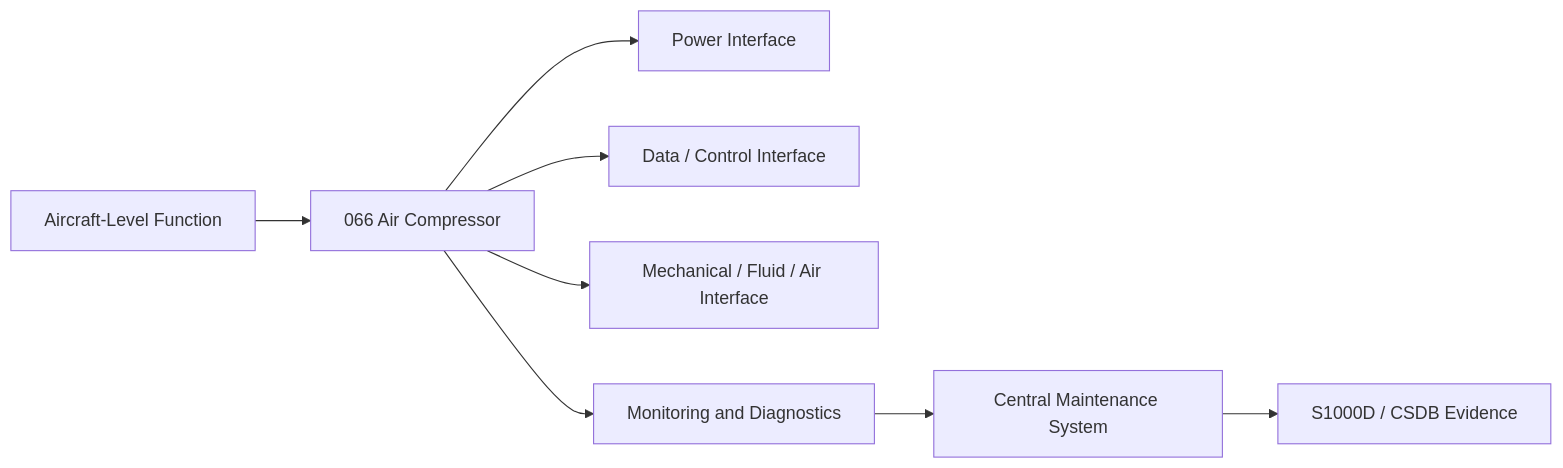
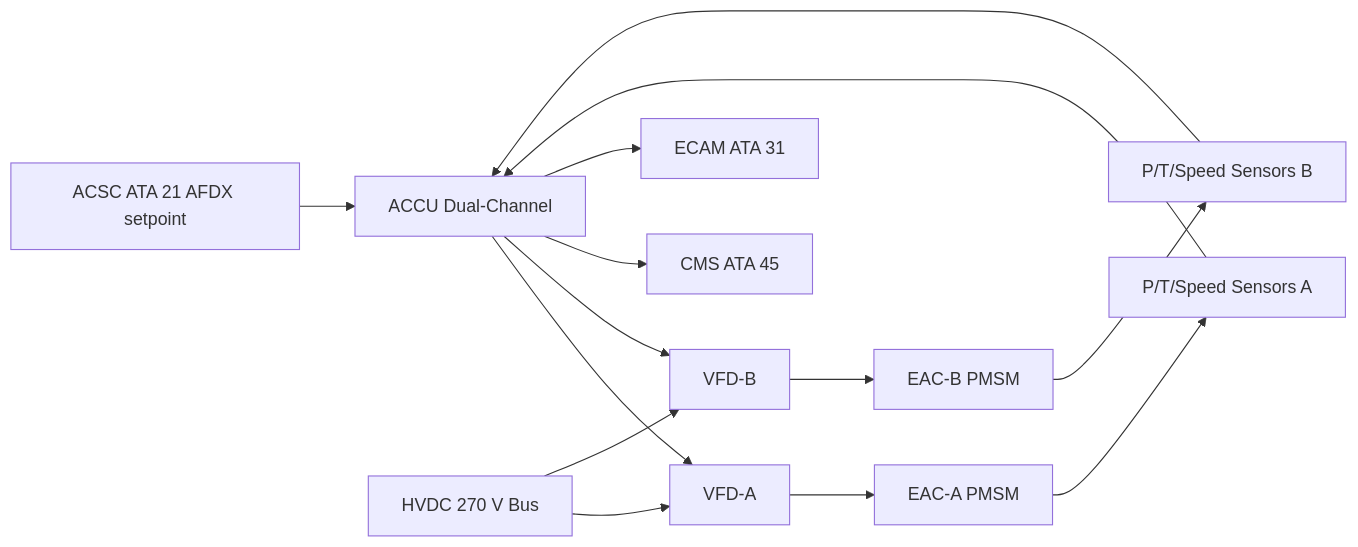
The first of 2 diagrams in Q+ATLANTIDE/000-099_ATLAS/060-069_Propulsion-Tradicional/066_Air-Compressor/066-040-Compressor-Control-and-Regulation.md (AmedeoPelliccia/Qplus-For-All-Queer-People-and-Quantum), drawn with Mermaid before and after one commit. The commit also changed other lines of this file and 9 other files, not shown here.

First line of the commit message:
docs: rewrite 066_Air-Compressor — 10 files contextualized for AMPEL360E eWTW

````diff
--- a/Q+ATLANTIDE/000-099_ATLAS/060-069_Propulsion-Tradicional/066_Air-Compressor/066-040-Compressor-Control-and-Regulation.md
+++ b/Q+ATLANTIDE/000-099_ATLAS/060-069_Propulsion-Tradicional/066_Air-Compressor/066-040-Compressor-Control-and-Regulation.md
@@ -153,10 +83,16 @@
 ```mermaid
 flowchart LR
-    A[Aircraft-Level Function] --> B[066 Air Compressor]
-    B --> C[Power Interface]
-    B --> D[Data / Control Interface]
-    B --> E[Mechanical / Fluid / Air Interface]
-    B --> F[Monitoring and Diagnostics]
-    F --> G[Central Maintenance System]
-    G --> H[S1000D / CSDB Evidence]
+    ACSC[ACSC ATA 21 AFDX setpoint] --> ACCU[ACCU Dual-Channel]
+    HVDC[HVDC 270 V Bus] --> VFD_A[VFD-A]
+    HVDC --> VFD_B[VFD-B]
+    ACCU --> VFD_A
+    ACCU --> VFD_B
+    VFD_A --> EAC_A[EAC-A PMSM]
+    VFD_B --> EAC_B[EAC-B PMSM]
+    EAC_A --> SENSORS_A[P/T/Speed Sensors A]
+    EAC_B --> SENSORS_B[P/T/Speed Sensors B]
+    SENSORS_A --> ACCU
+    SENSORS_B --> ACCU
+    ACCU --> CMS[CMS ATA 45]
+    ACCU --> ECAM[ECAM ATA 31]
 ```
````
